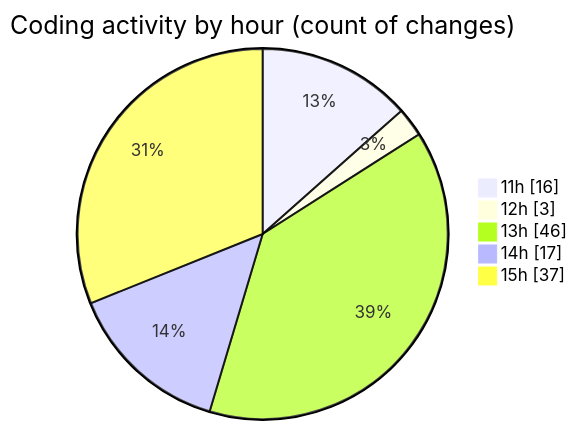
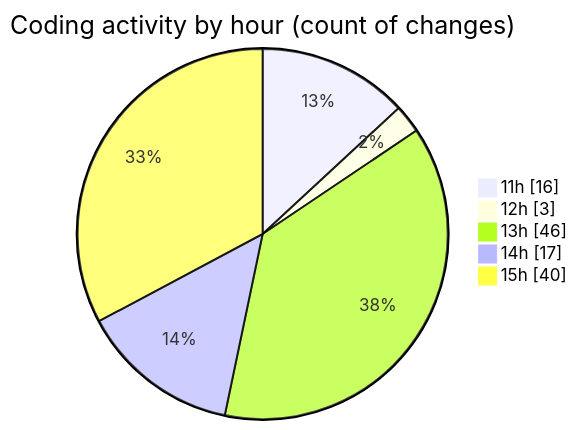
One commit to nxtqubesakshisongat/code-tracking changed the second of 2 diagrams in 2025-07-08/argos/README.md. Above: the diagram before and after it, drawn with Mermaid. The commit also changed other lines of this file and 1 other file, not shown here.

````diff
--- a/2025-07-08/argos/README.md
+++ b/2025-07-08/argos/README.md
@@ -34,9 +34,9 @@
 ```mermaid
 pie showData
 title Coding activity by hour (count of changes)
 "11h" : 16
 "12h" : 3
 "13h" : 46
 "14h" : 17
-"15h" : 37
+"15h" : 40
 ```
````
